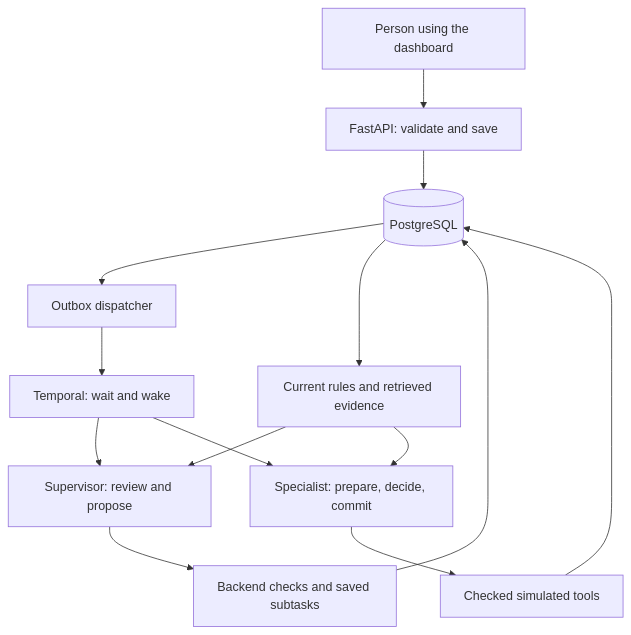
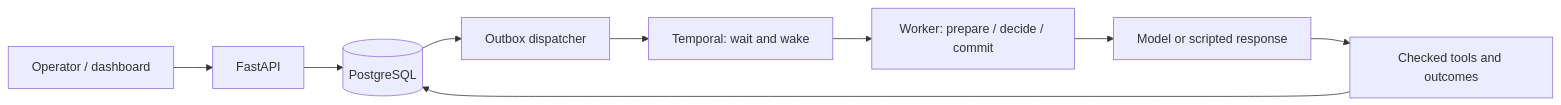
One commit to sabare/agents-platform changed the diagram in docs/high-level-design.md. Above: the diagram before and after it, drawn with Mermaid. The commit also changed other lines of this file and 15 other files, not shown here.

First line of the commit message:
docs: explain platform architecture and reproducible walkthroughs

````diff
--- a/docs/high-level-design.md
+++ b/docs/high-level-design.md
@@ -25,16 +16,11 @@
 ```mermaid
-flowchart TD
-    Human[Person using the dashboard] --> API[FastAPI: validate and save]
+flowchart LR
+    Person[Operator / dashboard] --> API[FastAPI]
     API --> DB[(PostgreSQL)]
     DB --> Dispatch[Outbox dispatcher]
     Dispatch --> Temporal[Temporal: wait and wake]
-    Temporal --> Supervisor[Supervisor: review and propose]
-    Supervisor --> Checks[Backend checks and saved subtasks]
+    Temporal --> Runtime[Worker: prepare / decide / commit]
+    Runtime --> Model[Model or scripted response]
+    Model --> Checks[Checked tools and outcomes]
     Checks --> DB
-    Temporal --> Specialist[Specialist: prepare, decide, commit]
-    DB --> Context[Current rules and retrieved evidence]
-    Context --> Supervisor
-    Context --> Specialist
-    Specialist --> Tools[Checked simulated tools]
-    Tools --> DB
 ```
````
